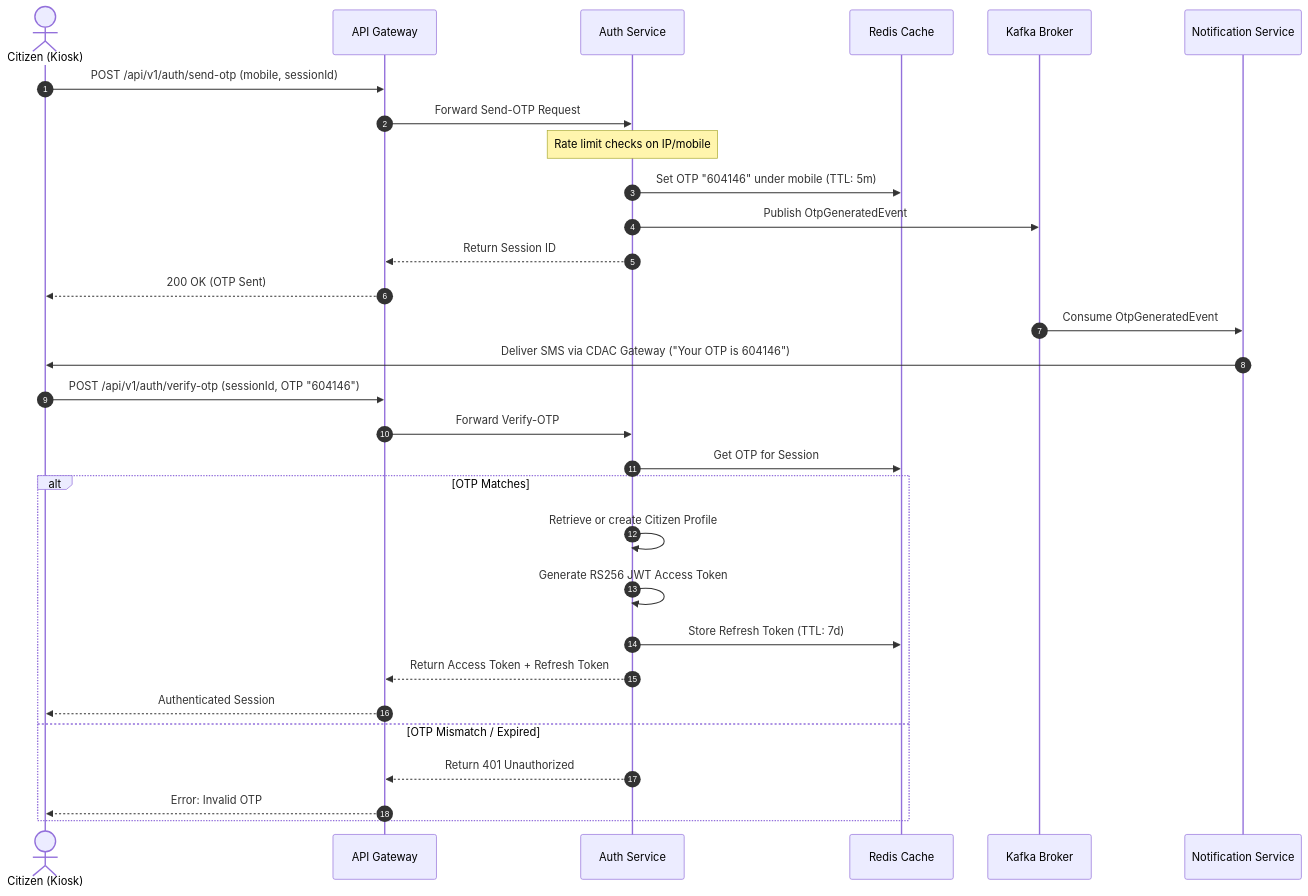
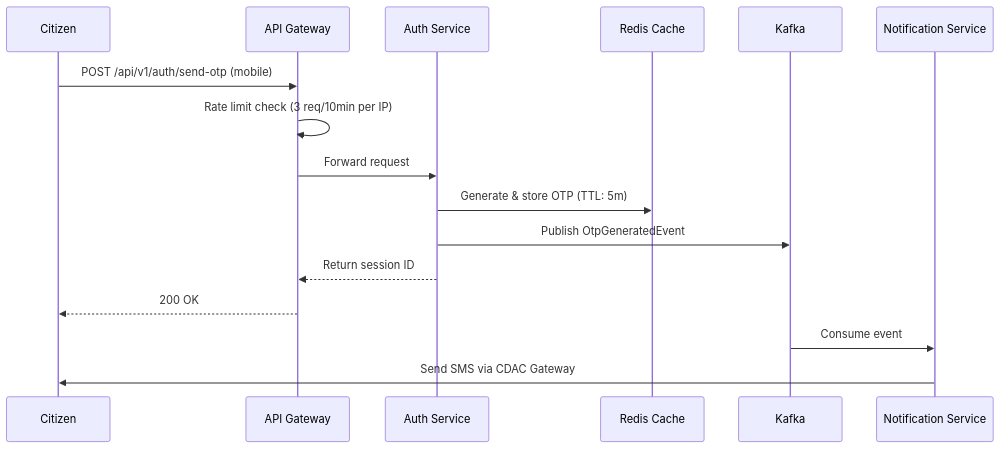
The diagram in README.md (dkreddy05/Suvidha-kiosk), drawn with Mermaid before and after one commit. The commit also changed other lines of this file, not shown here.

````diff
--- a/README.md
+++ b/README.md
@@ -253,35 +188,20 @@
 ```mermaid
 sequenceDiagram
-    autonumber
-    actor User as Citizen (Kiosk)
+    participant User as Citizen
     participant GW as API Gateway
     participant Auth as Auth Service
     participant Redis as Redis Cache
-    participant Kafka as Kafka Broker
+    participant Kafka as Kafka
     participant Notify as Notification Service
-    
-    User->>GW: POST /api/v1/auth/send-otp (mobile, sessionId)
-    GW->>Auth: Forward Send-OTP Request
-    Note over Auth: Rate limit checks on IP/mobile
-    Auth->>Redis: Set OTP "604146" under mobile (TTL: 5m)
+
+    User->>GW: POST /api/v1/auth/send-otp (mobile)
+    GW->>GW: Rate limit check (3 req/10min per IP)
+    GW->>Auth: Forward request
+    Auth->>Redis: Generate & store OTP (TTL: 5m)
     Auth->>Kafka: Publish OtpGeneratedEvent
-    Auth-->>GW: Return Session ID
-    GW-->>User: 200 OK (OTP Sent)
-    
-    Kafka->>Notify: Consume OtpGeneratedEvent
-    Notify->>User: Deliver SMS via CDAC Gateway ("Your OTP is 604146")
-    
-    User->>GW: POST /api/v1/auth/verify-otp (sessionId, OTP "604146")
-    GW->>Auth: Forward Verify-OTP
-    Auth->>Redis: Get OTP for Session
-    alt OTP Matches
-        Auth->>Auth: Retrieve or create Citizen Profile
-        Auth->>Auth: Generate RS256 JWT Access Token
-        Auth->>Redis: Store Refresh Token (TTL: 7d)
-        Auth-->>GW: Return Access Token + Refresh Token
-        GW-->>User: Authenticated Session
-    else OTP Mismatch / Expired
-        Auth-->>GW: Return 401 Unauthorized
-        GW-->>User: Error: Invalid OTP
-    end
+    Auth-->>GW: Return session ID
+    GW-->>User: 200 OK
+
+    Kafka->>Notify: Consume event
+    Notify->>User: Send SMS via CDAC Gateway
 ```
````
